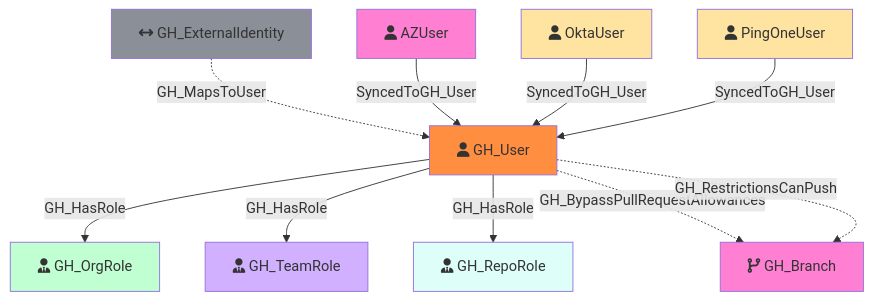
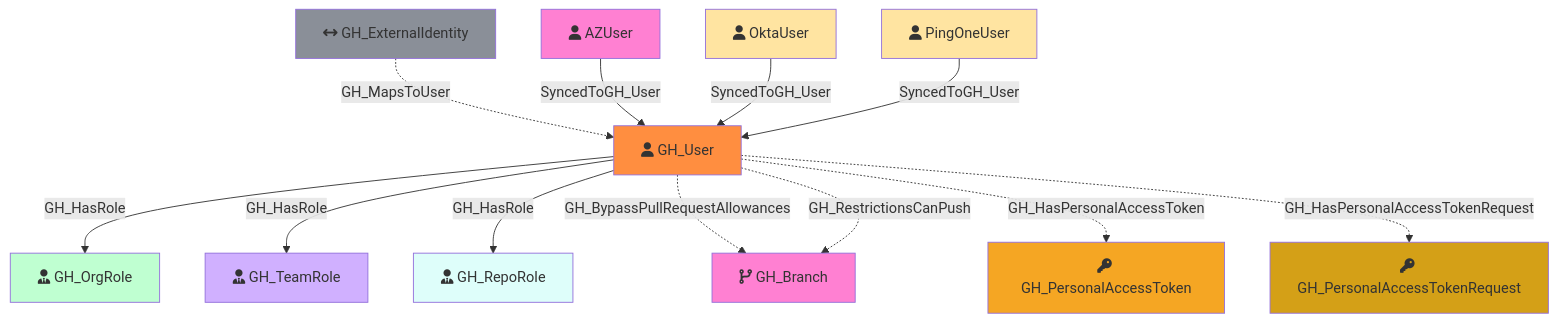
The diagram in Documentation/Nodes/GH_User.md (SpecterOps/GitHound), drawn with Mermaid before and after one commit. The commit also changed other lines of this file and 90 other files, not shown here.

````diff
--- a/Documentation/Nodes/GH_User.md
+++ b/Documentation/Nodes/GH_User.md
@@ -43,32 +50,40 @@
 ```mermaid
 flowchart TD
     GH_User[fa:fa-user GH_User]
     GH_OrgRole[fa:fa-user-tie GH_OrgRole]
     GH_RepoRole[fa:fa-user-tie GH_RepoRole]
     GH_TeamRole[fa:fa-user-tie GH_TeamRole]
     GH_Branch[fa:fa-code-branch GH_Branch]
     GH_ExternalIdentity[fa:fa-arrows-left-right GH_ExternalIdentity]
     AZUser[fa:fa-user AZUser]
     OktaUser[fa:fa-user OktaUser]
     PingOneUser[fa:fa-user PingOneUser]
 
     style GH_User fill:#FF8E40
     style GH_OrgRole fill:#BFFFD1
     style GH_RepoRole fill:#DEFEFA
     style GH_TeamRole fill:#D0B0FF
     style GH_Branch fill:#FF80D2
     style GH_ExternalIdentity fill:#8A8F98
     style AZUser fill:#FF80D2
     style OktaUser fill:#FFE4A1
     style PingOneUser fill:#FFE4A1
 
+    GH_PersonalAccessToken[fa:fa-key GH_PersonalAccessToken]
+    GH_PersonalAccessTokenRequest[fa:fa-key GH_PersonalAccessTokenRequest]
+
+    style GH_PersonalAccessToken fill:#F5A623
+    style GH_PersonalAccessTokenRequest fill:#D4A017
+
     GH_User -->|GH_HasRole| GH_OrgRole
     GH_User -->|GH_HasRole| GH_TeamRole
     GH_User -->|GH_HasRole| GH_RepoRole
     GH_User -.->|GH_BypassPullRequestAllowances| GH_Branch
     GH_User -.->|GH_RestrictionsCanPush| GH_Branch
+    GH_User -.->|GH_HasPersonalAccessToken| GH_PersonalAccessToken
+    GH_User -.->|GH_HasPersonalAccessTokenRequest| GH_PersonalAccessTokenRequest
     GH_ExternalIdentity -.->|GH_MapsToUser| GH_User
     AZUser -->|SyncedToGH_User| GH_User
     OktaUser -->|SyncedToGH_User| GH_User
     PingOneUser -->|SyncedToGH_User| GH_User
 ```
````
